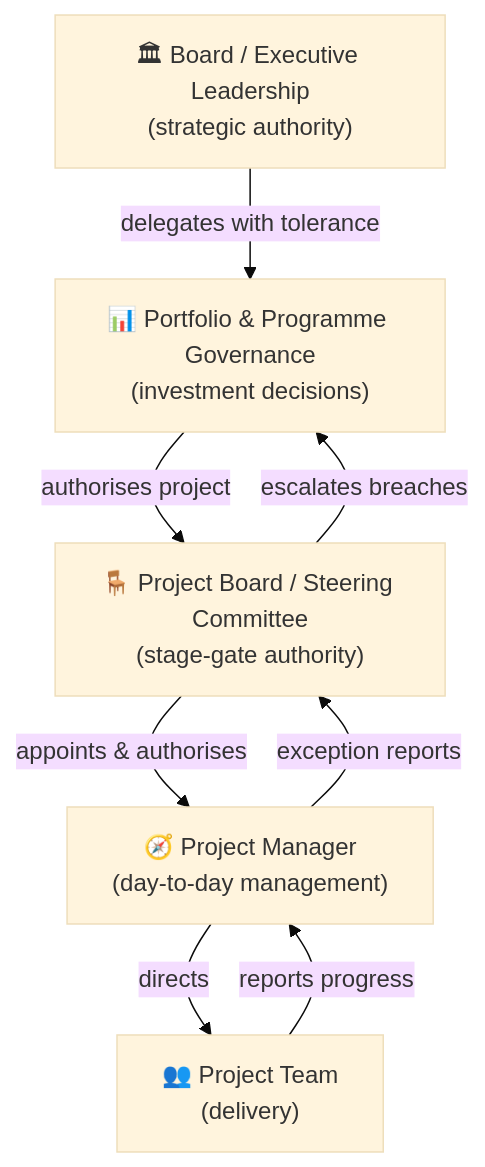
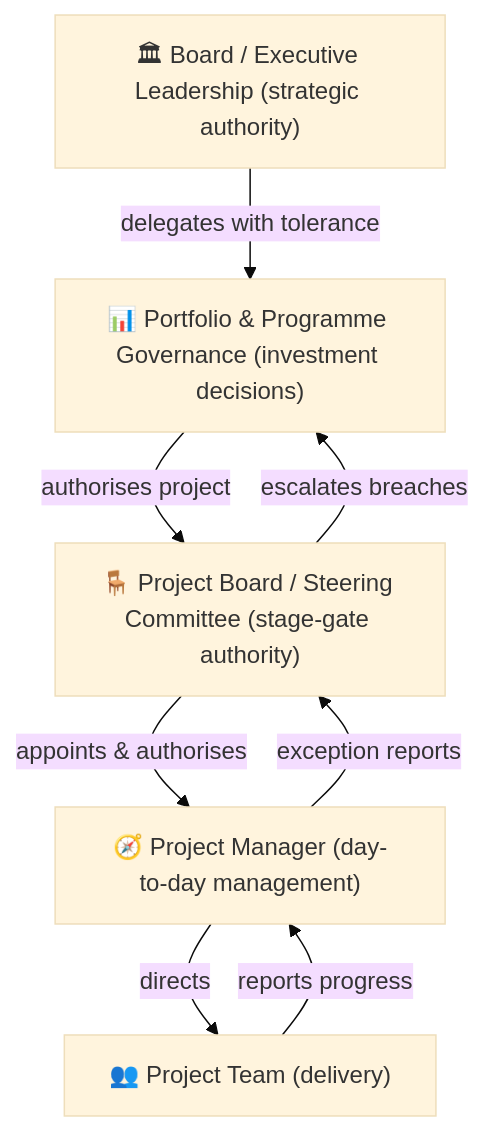
The first of 3 diagrams in modules/02-governance.md (UncleJS/course_projectManagement), drawn with Mermaid (base theme) before and after one commit. The commit also changed other lines of this file and 16 other files, not shown here.

Commit message:
Fix Mermaid rendering: remove literal \n from all diagram labels; quote unquoted & in flowchart nodes

````diff
--- a/modules/02-governance.md
+++ b/modules/02-governance.md
@@ -41,15 +41,15 @@
 ```mermaid
 flowchart TD
-    B["🏛 Board / Executive Leadership\n(strategic authority)"]
-    PP["📊 Portfolio & Programme Governance\n(investment decisions)"]
-    PB["🪑 Project Board / Steering Committee\n(stage-gate authority)"]
-    PM["🧭 Project Manager\n(day-to-day management)"]
-    PT["👥 Project Team\n(delivery)"]
+    B["🏛 Board / Executive Leadership (strategic authority)"]
+    PP["📊 Portfolio & Programme Governance (investment decisions)"]
+    PB["🪑 Project Board / Steering Committee (stage-gate authority)"]
+    PM["🧭 Project Manager (day-to-day management)"]
+    PT["👥 Project Team (delivery)"]
     B -->|"delegates with tolerance"| PP
     PP -->|"authorises project"| PB
     PB -->|"appoints & authorises"| PM
     PM -->|"directs"| PT
     PT -->|"reports progress"| PM
     PM -->|"exception reports"| PB
     PB -->|"escalates breaches"| PP
 ```
````
